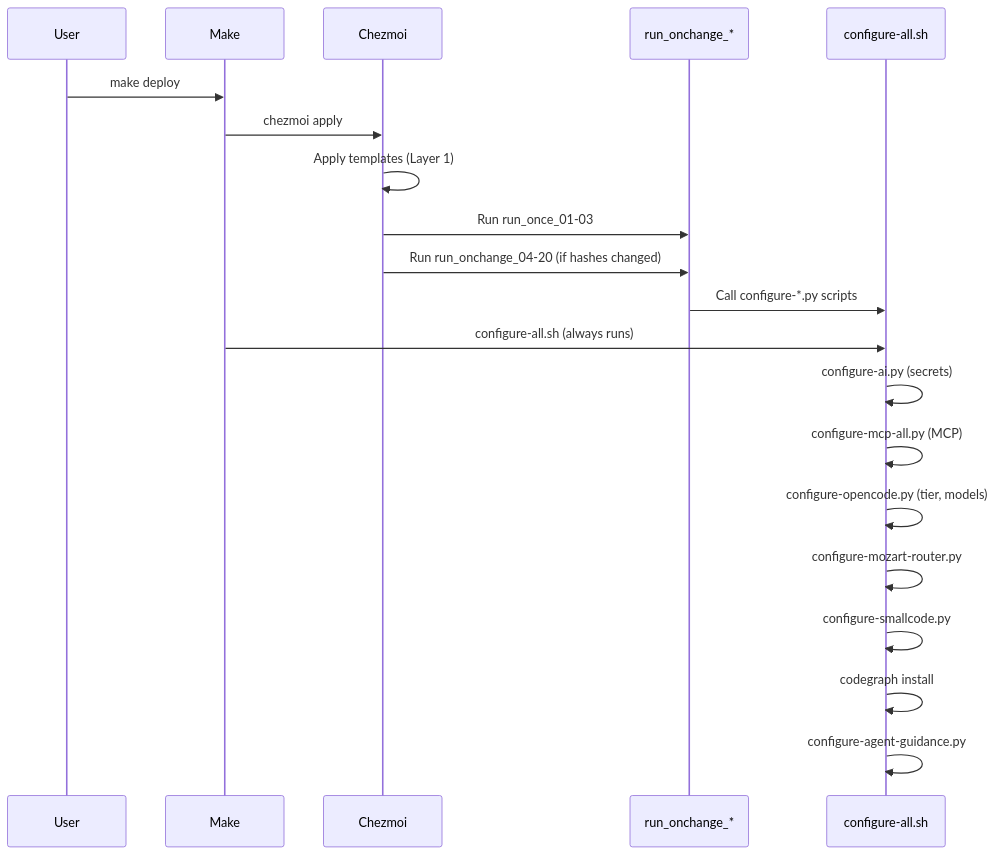
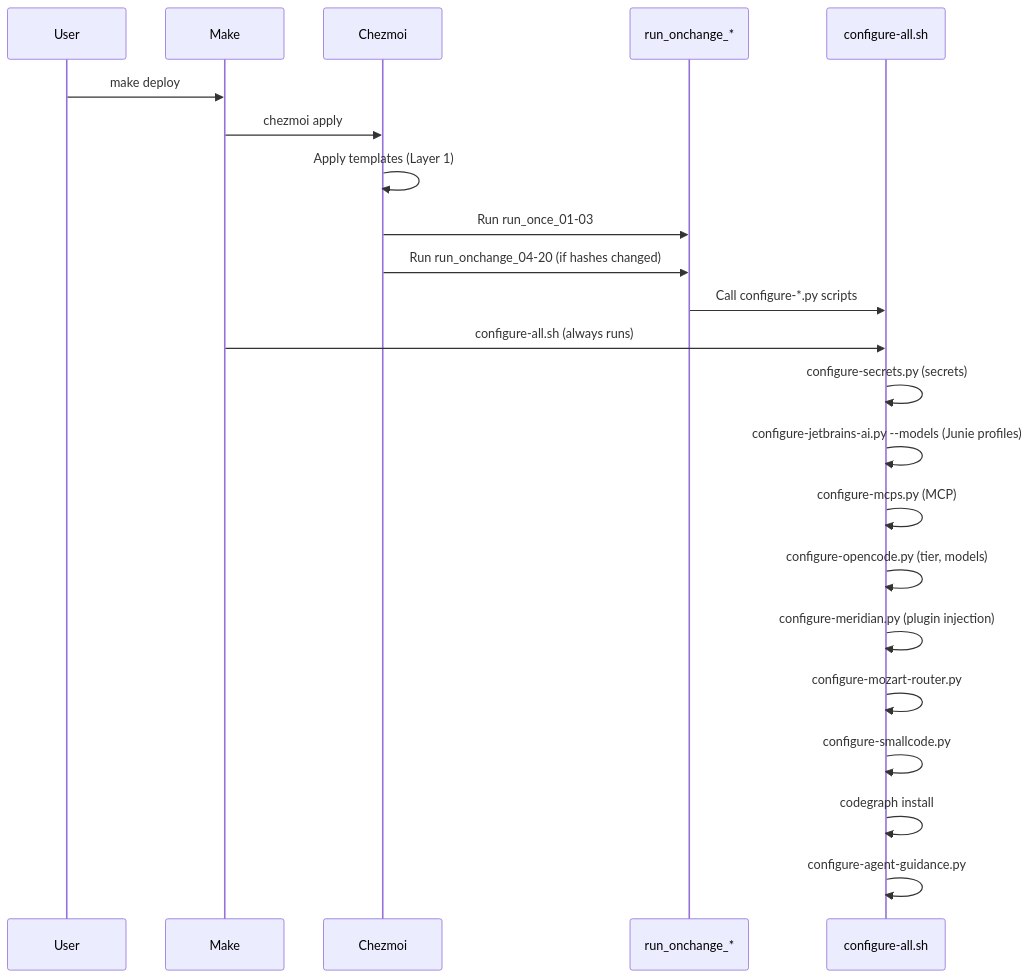
Before and after one commit to randytarampi/dotfiles: the second of 3 diagrams in docs/ORCHESTRATION.md, drawn with Mermaid. The commit also changed other lines of this file and 22 other files, not shown here.

First line of the commit message:
feat!: Clarify `configure-ai` as `configure-secrets`, `configure-mcp-all` as `configure-mcps`, and `configure-jetbrains-workspace` as `configure-jetbrains-workspace-project`

````diff
--- a/docs/ORCHESTRATION.md
+++ b/docs/ORCHESTRATION.md
@@ -72,23 +72,25 @@
 ```mermaid
 sequenceDiagram
     participant User
     participant Make
     participant Chezmoi
     participant Scripts as run_onchange_*
     participant Configure as configure-all.sh
 
     User->>Make: make deploy
     Make->>Chezmoi: chezmoi apply
     Chezmoi->>Chezmoi: Apply templates (Layer 1)
     Chezmoi->>Scripts: Run run_once_01-03
     Chezmoi->>Scripts: Run run_onchange_04-20 (if hashes changed)
     Scripts->>Configure: Call configure-*.py scripts
     Make->>Configure: configure-all.sh (always runs)
-    Configure->>Configure: configure-ai.py (secrets)
-    Configure->>Configure: configure-mcp-all.py (MCP)
+    Configure->>Configure: configure-secrets.py (secrets)
+    Configure->>Configure: configure-jetbrains-ai.py --models (Junie profiles)
+    Configure->>Configure: configure-mcps.py (MCP)
     Configure->>Configure: configure-opencode.py (tier, models)
+    Configure->>Configure: configure-meridian.py (plugin injection)
     Configure->>Configure: configure-mozart-router.py
     Configure->>Configure: configure-smallcode.py
     Configure->>Configure: codegraph install
     Configure->>Configure: configure-agent-guidance.py
 ```
````
